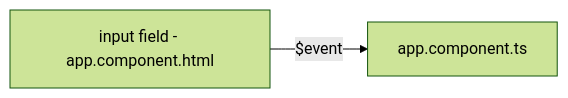
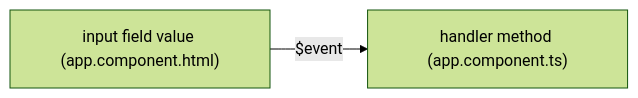
The first of 2 diagrams in README.md (andermoran/AngularAdvice), drawn with Mermaid (forest theme) before and after one commit. The commit also changed other lines of this file, not shown here.

````diff
--- a/README.md
+++ b/README.md
@@ -78,4 +78,4 @@
 ```mermaid
 graph LR
-html[input field - app.component.html] -- $event --> ts[app.component.ts]
+html["input field value (app.component.html)"] -- $event --> ts["handler method (app.component.ts)"]
 ```
````
